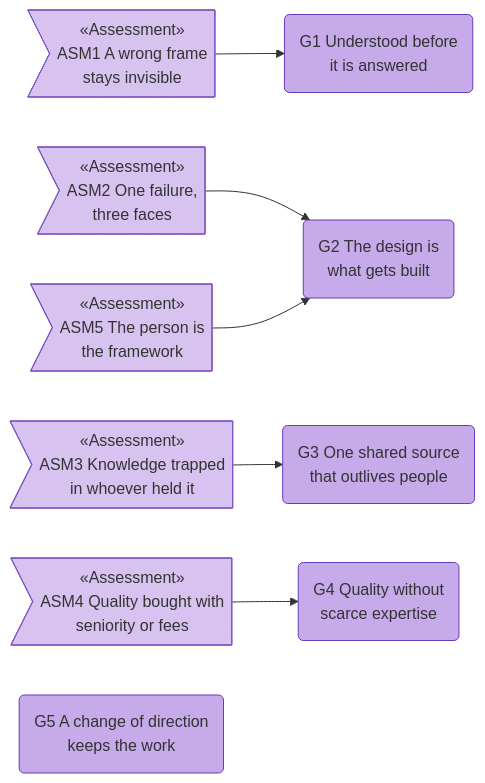
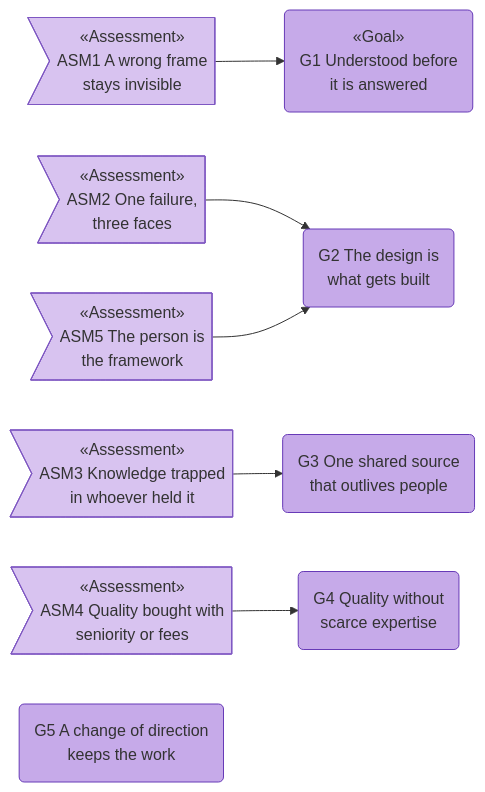
One commit to roanboc/architecture-archreator changed the fourth of 7 diagrams in organization/docs/ea/1_strategy/1_motivation.md. Above: the diagram before and after it, drawn with Mermaid. The commit also changed other lines of this file and 2 other files, not shown here.

First line of the commit message:
docs: extend diagram-first notation to capabilities and the value stream

````diff
--- a/organization/docs/ea/1_strategy/1_motivation.md
+++ b/organization/docs/ea/1_strategy/1_motivation.md
@@ -153,23 +173,23 @@
 ```mermaid
 flowchart LR
   asm1>"«Assessment»<br>ASM1 A wrong frame<br>stays invisible"]:::assessment
   asm2>"«Assessment»<br>ASM2 One failure,<br>three faces"]:::assessment
   asm3>"«Assessment»<br>ASM3 Knowledge trapped<br>in whoever held it"]:::assessment
   asm4>"«Assessment»<br>ASM4 Quality bought with<br>seniority or fees"]:::assessment
   asm5>"«Assessment»<br>ASM5 The person is<br>the framework"]:::assessment
 
-  g1("G1 Understood before<br>it is answered"):::goal
+  g1("«Goal»<br>G1 Understood before<br>it is answered"):::goal
   g2("G2 The design is<br>what gets built"):::goal
   g3("G3 One shared source<br>that outlives people"):::goal
   g4("G4 Quality without<br>scarce expertise"):::goal
   g5("G5 A change of direction<br>keeps the work"):::goal
 
   asm1 --> g1
   asm2 --> g2
   asm5 --> g2
   asm3 --> g3
   asm4 --> g4
 
   classDef assessment fill:#d8c3f0,stroke:#7e57c2,color:#333
   classDef goal fill:#c6aae9,stroke:#673ab7,color:#333
 ```
````
